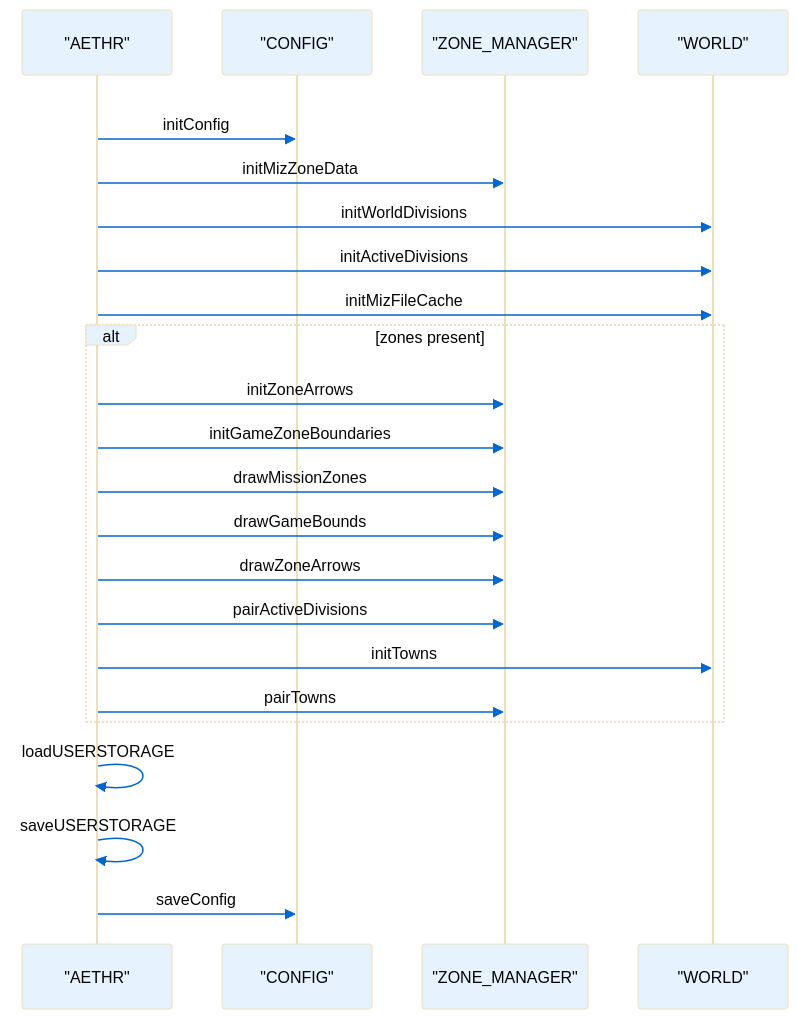
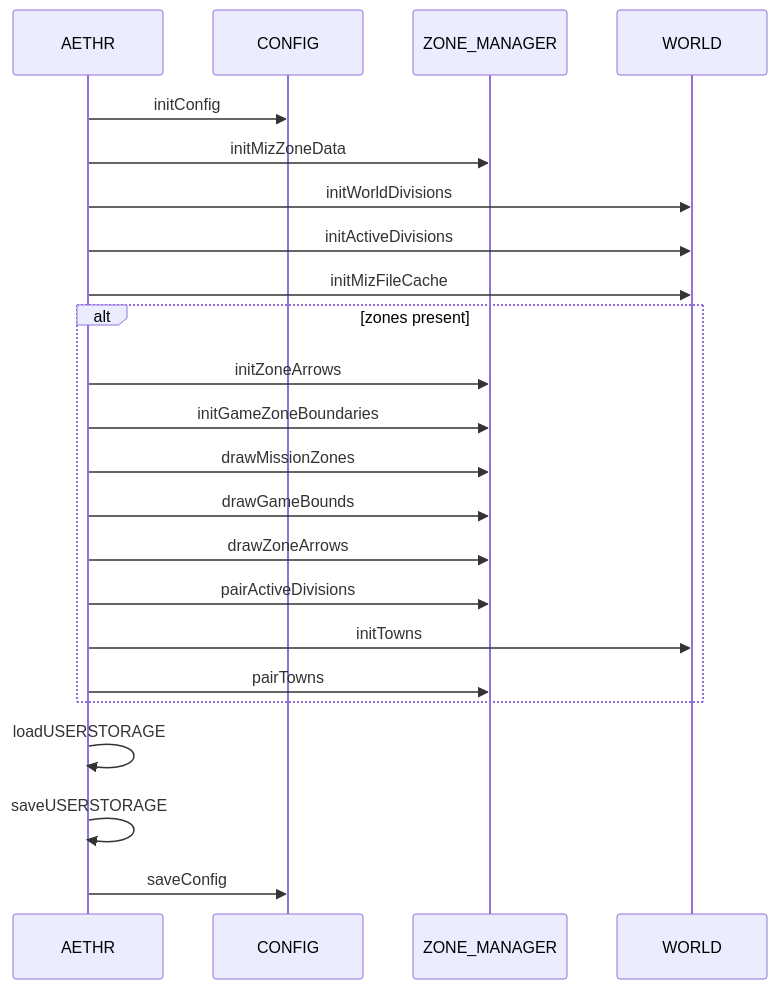
The third of 4 diagrams in docs/aethr/README.md (Gh0st352/AETHR), drawn with Mermaid before and after one commit. The commit also changed other lines of this file and 20 other files, not shown here.

First line of the commit message:
docs: unify mermaid themes and clarify module graphs

````diff
--- a/docs/aethr/README.md
+++ b/docs/aethr/README.md
@@ -122,31 +94,29 @@
 ```mermaid
-%%{init: {"theme":"base","themeVariables":{"actorBkg":"#e6f3ff","actorTextColor":"#000000ff","lineColor":"#495057","signalColor":"#0066cc","signalTextColor":"#070707ff","textColor":"#000000ff","fontSize":"14px"}}}%%
+%% shared theme: docs/_mermaid/theme.json %%
 sequenceDiagram
-  participant A as "AETHR"
-  participant C as "CONFIG"
-  participant Z as "ZONE_MANAGER"
-  participant W as "WORLD"
+  participant A as AETHR
+  participant C as CONFIG
+  participant Z as ZONE_MANAGER
+  participant W as WORLD
 
-  rect rgba(255,255,255,0.75)
-    A->>C: initConfig
-    A->>Z: initMizZoneData
-    A->>W: initWorldDivisions
-    A->>W: initActiveDivisions
-    A->>W: initMizFileCache
+  A->>C: initConfig
+  A->>Z: initMizZoneData
+  A->>W: initWorldDivisions
+  A->>W: initActiveDivisions
+  A->>W: initMizFileCache
 
-    alt zones present
-      A->>Z: initZoneArrows
-      A->>Z: initGameZoneBoundaries
-      A->>Z: drawMissionZones
-      A->>Z: drawGameBounds
-      A->>Z: drawZoneArrows
-      A->>Z: pairActiveDivisions
-      A->>W: initTowns
-      A->>Z: pairTowns
-    end
+  alt zones present
+    A->>Z: initZoneArrows
+    A->>Z: initGameZoneBoundaries
+    A->>Z: drawMissionZones
+    A->>Z: drawGameBounds
+    A->>Z: drawZoneArrows
+    A->>Z: pairActiveDivisions
+    A->>W: initTowns
+    A->>Z: pairTowns
+  end
 
-    A->>A: loadUSERSTORAGE
-    A->>A: saveUSERSTORAGE
-    A->>C: saveConfig
-  end
+  A->>A: loadUSERSTORAGE
+  A->>A: saveUSERSTORAGE
+  A->>C: saveConfig
 ```
````
